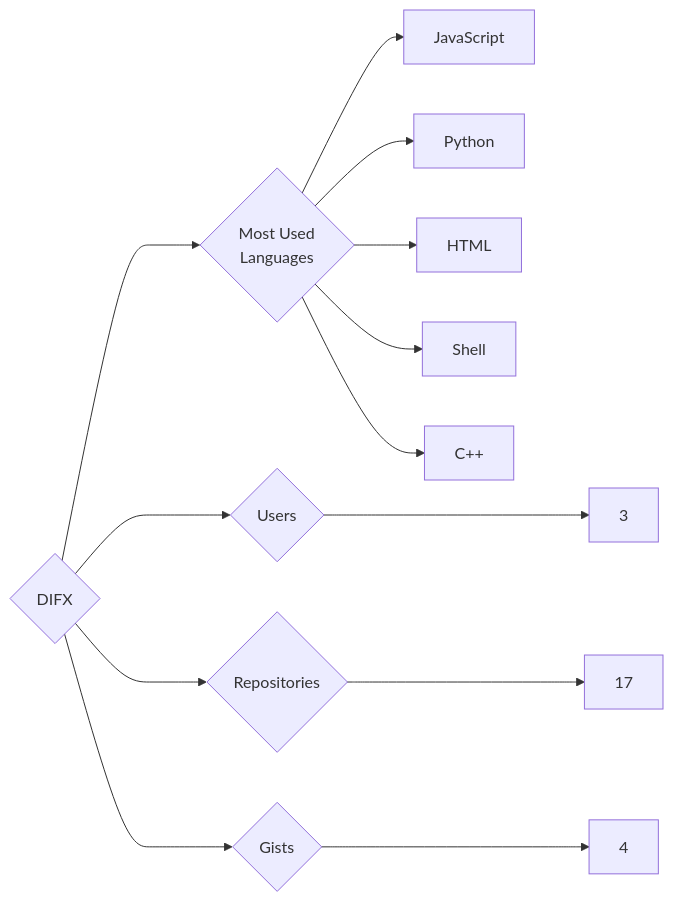
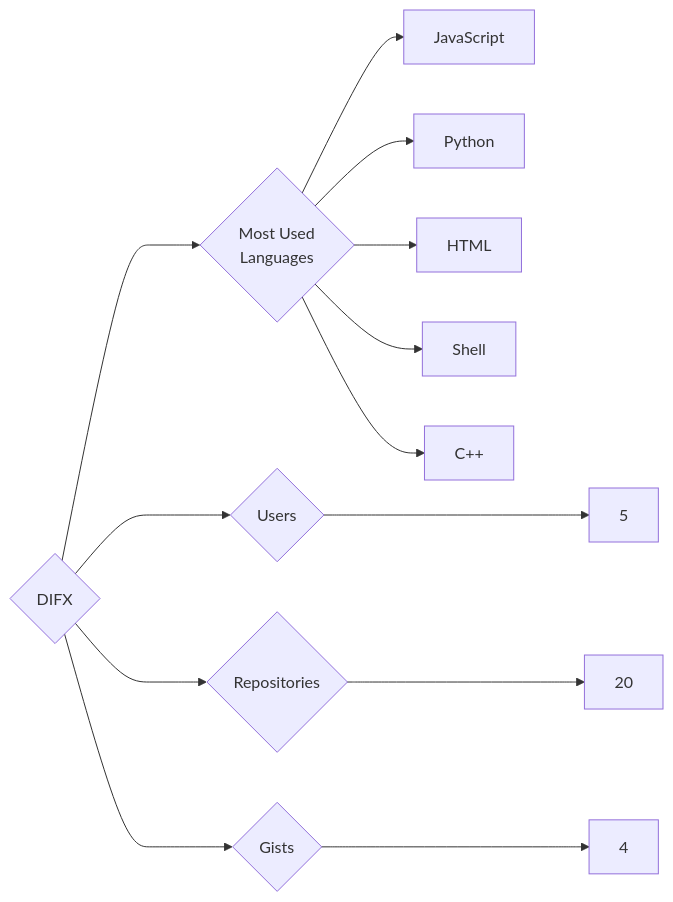
The diagram in targets/DIFX/README.md (trickest/insiders), drawn with Mermaid before and after one commit. The commit also changed 815 other files, not shown here.

````diff
--- a/targets/DIFX/README.md
+++ b/targets/DIFX/README.md
@@ -3,13 +3,13 @@
 ```mermaid
 graph LR
 COMPANY_NAME{DIFX}
-COMPANY_NAME ---> U{Users} ---> UN[3]
-COMPANY_NAME ---> R{Repositories} ---> RN[17]
+COMPANY_NAME ---> U{Users} ---> UN[5]
+COMPANY_NAME ---> R{Repositories} ---> RN[20]
 COMPANY_NAME ---> G{Gists} ---> GN[4]
 COMPANY_NAME ---> ML{Most Used<br>Languages}
 ML --> JavaScript[JavaScript]
 ML --> Python[Python]
 ML --> HTML[HTML]
 ML --> Shell[Shell]
 ML --> C++[C++]
 ```
````
